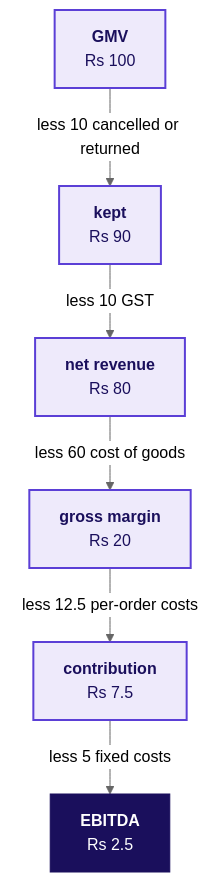
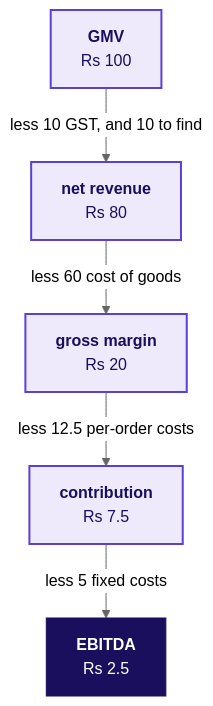
The fourth of 7 diagrams in content/W01/D1/trainer/C2_W01_D01_domain_story_TRAINER.md (fde-academy-lab/c2-content-factory), drawn with Mermaid (neutral theme) before and after one commit. The commit also changed other lines of this file, not shown here.

First line of the commit message:
W01 domain talk track: the story names GMV and net revenue and leaves the gap to chapter 1

````diff
--- a/content/W01/D1/trainer/C2_W01_D01_domain_story_TRAINER.md
+++ b/content/W01/D1/trainer/C2_W01_D01_domain_story_TRAINER.md
@@ -101,12 +103,11 @@
 ```mermaid
 flowchart TB
-    G["<b>GMV</b><br/>Rs 100"] -->|"less 10 cancelled or returned"| K["<b>kept</b><br/>Rs 90"]
-    K -->|"less 10 GST"| N["<b>net revenue</b><br/>Rs 80"]
+    G["<b>GMV</b><br/>Rs 100"] -->|"less 10 GST, and 10 to find"| N["<b>net revenue</b><br/>Rs 80"]
     N -->|"less 60 cost of goods"| M["<b>gross margin</b><br/>Rs 20"]
     M -->|"less 12.5 per-order costs"| C["<b>contribution</b><br/>Rs 7.5"]
     C -->|"less 5 fixed costs"| O["<b>EBITDA</b><br/>Rs 2.5"]
     classDef known fill:#EEEAFB,stroke:#5B3FD6,color:#1A0F5C,stroke-width:2px
     classDef dark fill:#1A0F5C,stroke:#1A0F5C,color:#FFFFFF
-    class G,K,N,M,C known
+    class G,N,M,C known
     class O dark
 ```
````
